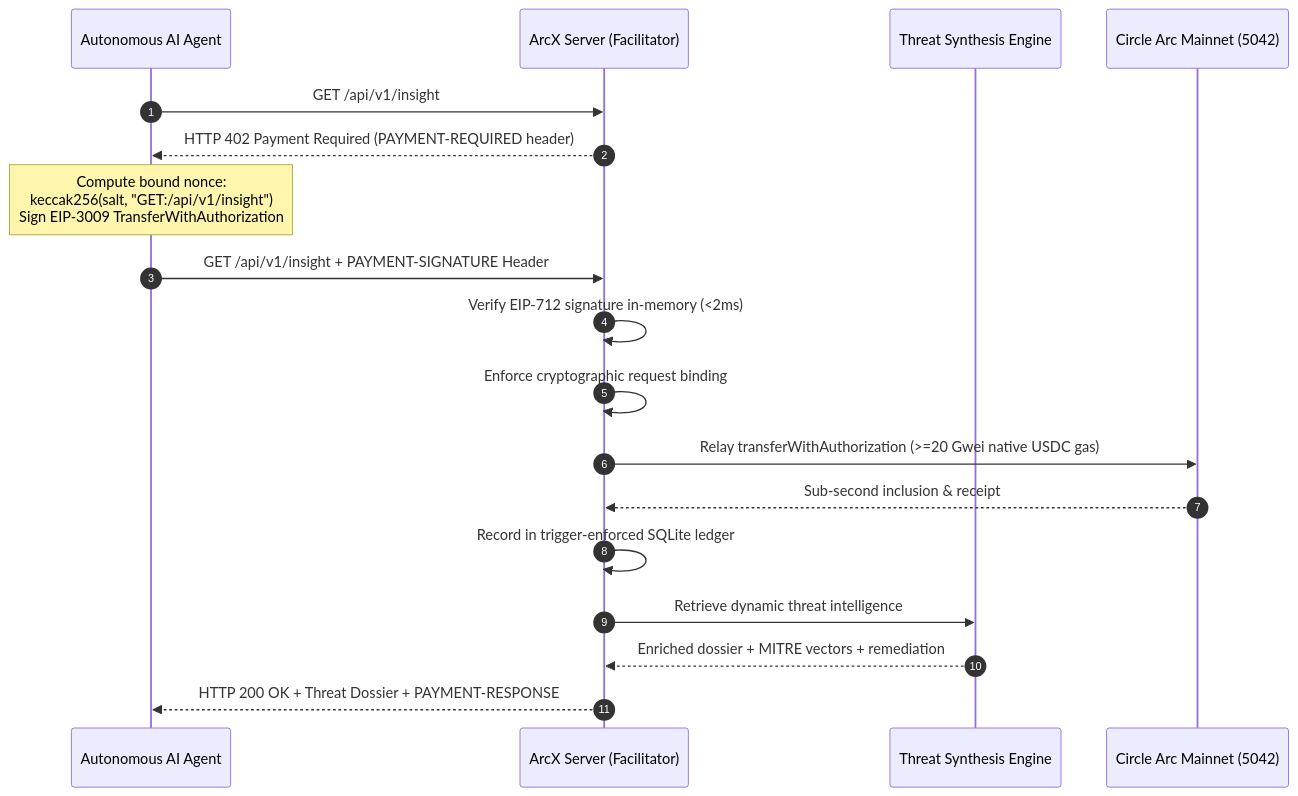
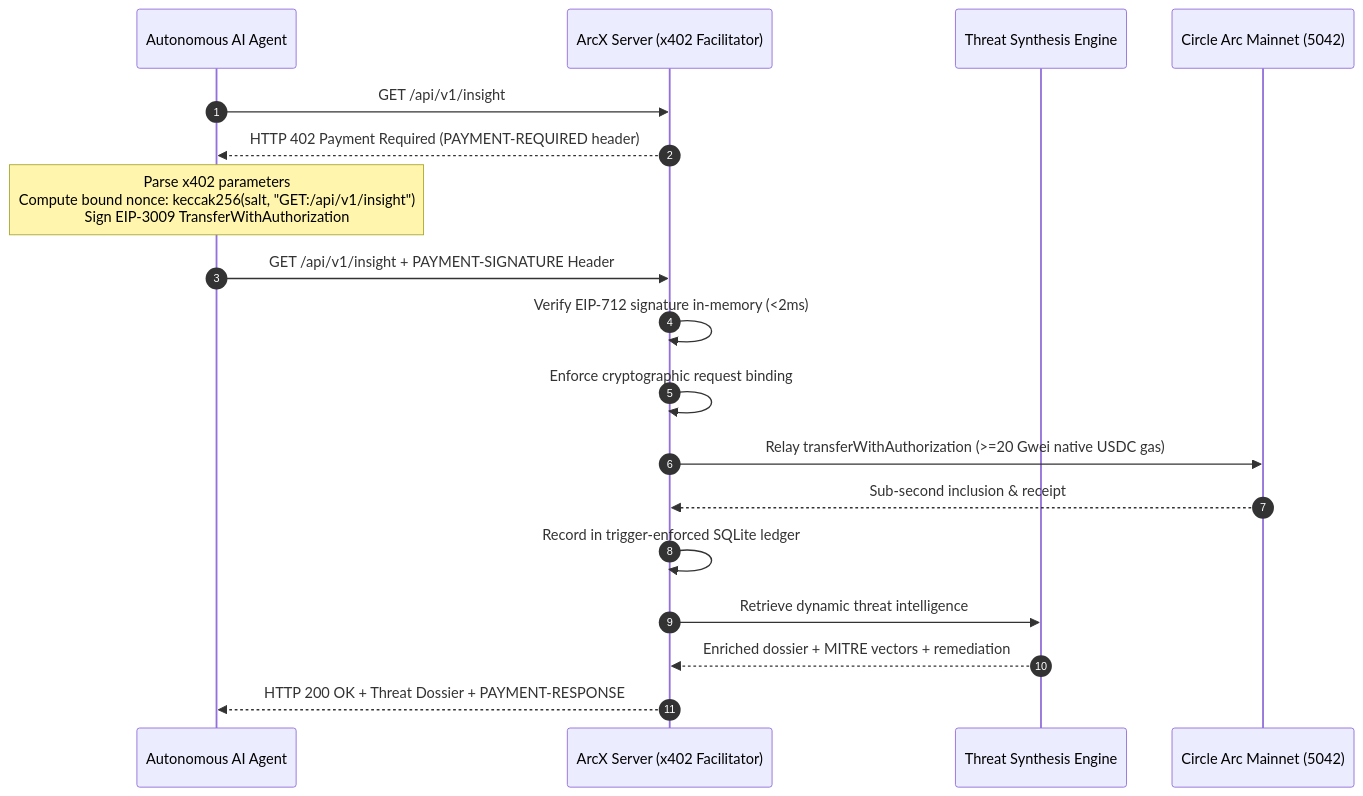
The first of 2 diagrams in README.md (Blackwrld04/ARCX), drawn with Mermaid before and after one commit. The commit also changed other lines of this file, not shown here.

Commit message:
docs(x402-comprehensive): expand x402 protocol deep dive, wire specifications, and agent economy architecture across README

````diff
--- a/README.md
+++ b/README.md
@@ -107,21 +123,21 @@
 ```mermaid
 sequenceDiagram
     autonumber
     participant Agent as Autonomous AI Agent
-    participant ArcX as ArcX Server (Facilitator)
+    participant ArcX as ArcX Server (x402 Facilitator)
     participant Engine as Threat Synthesis Engine
     participant Arc as Circle Arc Mainnet (5042)
 
     Agent->>ArcX: GET /api/v1/insight
     ArcX-->>Agent: HTTP 402 Payment Required (PAYMENT-REQUIRED header)
-    Note over Agent: Compute bound nonce:<br/>keccak256(salt, "GET:/api/v1/insight")<br/>Sign EIP-3009 TransferWithAuthorization
+    Note over Agent: Parse x402 parameters<br/>Compute bound nonce: keccak256(salt, "GET:/api/v1/insight")<br/>Sign EIP-3009 TransferWithAuthorization
     Agent->>ArcX: GET /api/v1/insight + PAYMENT-SIGNATURE Header
     ArcX->>ArcX: Verify EIP-712 signature in-memory (<2ms)
     ArcX->>ArcX: Enforce cryptographic request binding
     ArcX->>Arc: Relay transferWithAuthorization (>=20 Gwei native USDC gas)
     Arc-->>ArcX: Sub-second inclusion & receipt
     ArcX->>ArcX: Record in trigger-enforced SQLite ledger
     ArcX->>Engine: Retrieve dynamic threat intelligence
     Engine-->>ArcX: Enriched dossier + MITRE vectors + remediation
     ArcX-->>Agent: HTTP 200 OK + Threat Dossier + PAYMENT-RESPONSE
 ```
````
